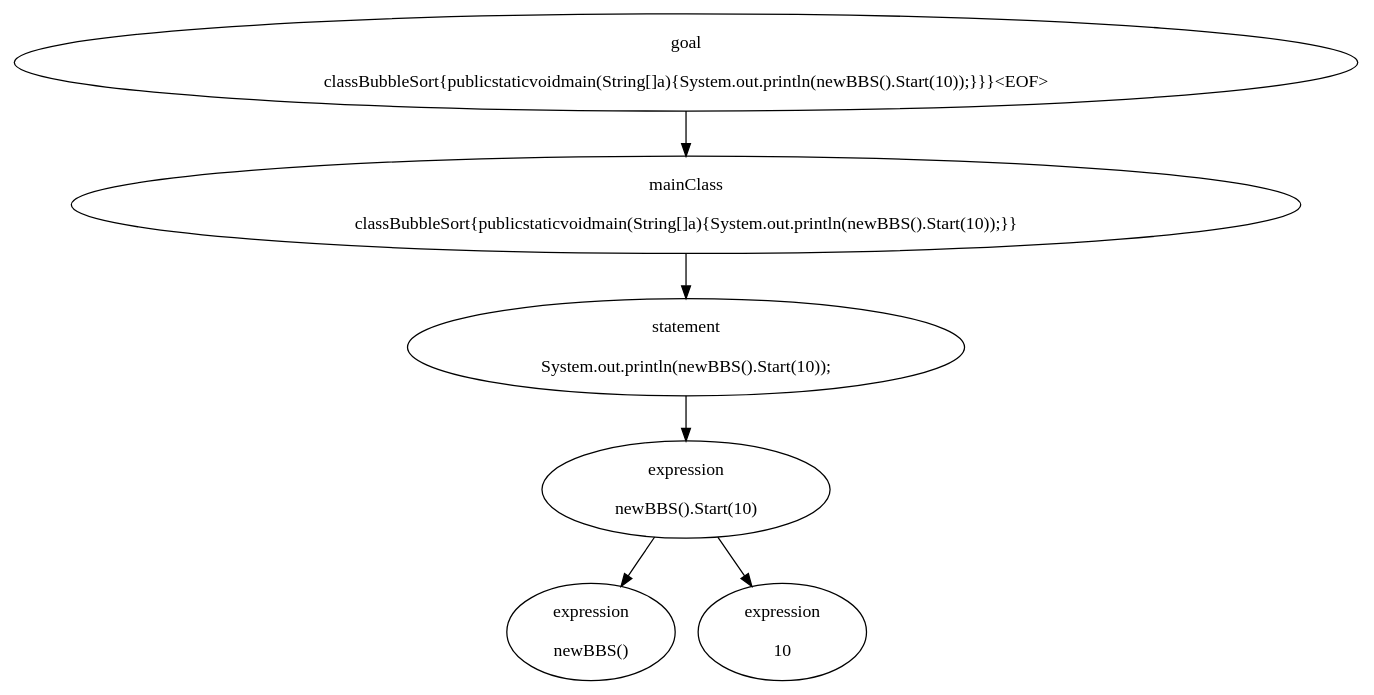
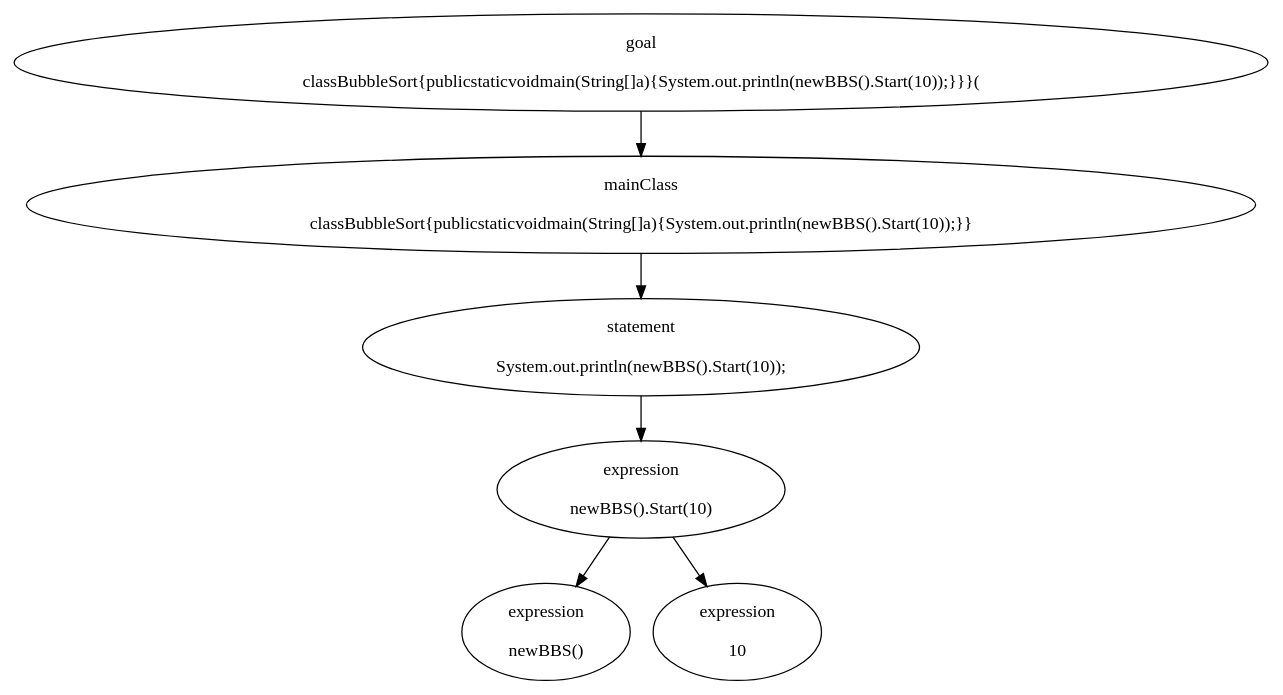
Before and after one commit to yixuan-wei/compileWW: the diagram in src/draw/test.dot, drawn with Graphviz. The commit also changed 7 other files, not shown here.

```diff
--- a/src/draw/test.dot
+++ b/src/draw/test.dot
@@ -1,25 +1,25 @@
 digraph AST{
 00[label="goal
-\n classBubbleSort{publicstaticvoidmain(String[]a){System.out.println(newBBS().Start(10));}}}<EOF>
+\n classBubbleSort{publicstaticvoidmain(String[]a){System.out.println(newBBS().Start(10));}}}(
 "]
 11[label="mainClass
 \n classBubbleSort{publicstaticvoidmain(String[]a){System.out.println(newBBS().Start(10));}}
 "]
 22[label="statement
 \n System.out.println(newBBS().Start(10));
 "]
 33[label="expression
 \n newBBS().Start(10)
 "]
 44[label="expression
 \n newBBS()
 "]
 45[label="expression
 \n 10
 "]
 00->11
 11->22
 22->33
 33->44
 33->45
 }
```
